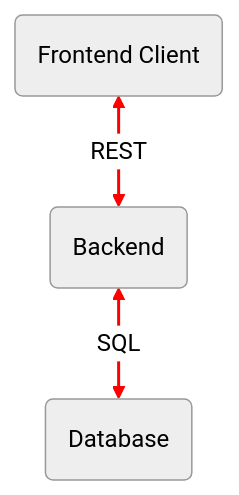
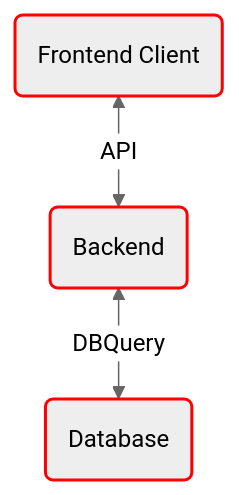
The third of 10 diagrams in slides.md (EkaanshArora/fullstack-typesafety-deck), drawn with Mermaid (neutral theme) before and after one commit. The commit also changed other lines of this file and 2 other files, not shown here.

````diff
--- a/slides.md
+++ b/slides.md
@@ -139,8 +141,9 @@
 ```mermaid
 
 flowchart BT
-id1(Database) <-- SQL --> id2(Backend) <-- REST --> id3(Frontend Client)
-linkStyle 0 stroke:#f00,stroke-width:2px;
-linkStyle 1 stroke:#f00,stroke-width:2px;
+id1(Database) <-- DBQuery --> id2(Backend) <-- API --> id3(Frontend Client)
+style id1 stroke:#f00,stroke-width:2px
+style id2 stroke:#f00,stroke-width:2px
+style id3 stroke:#f00,stroke-width:2px
 
 ```
````
